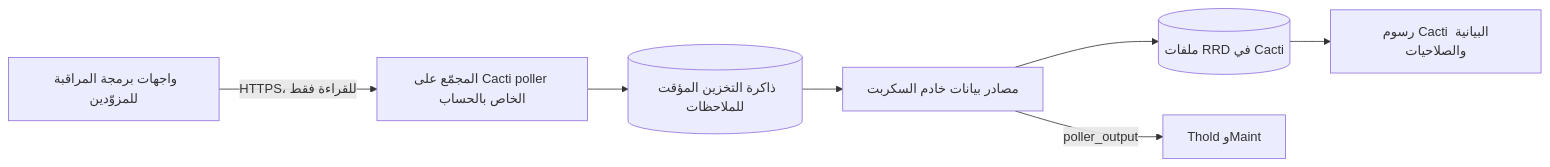
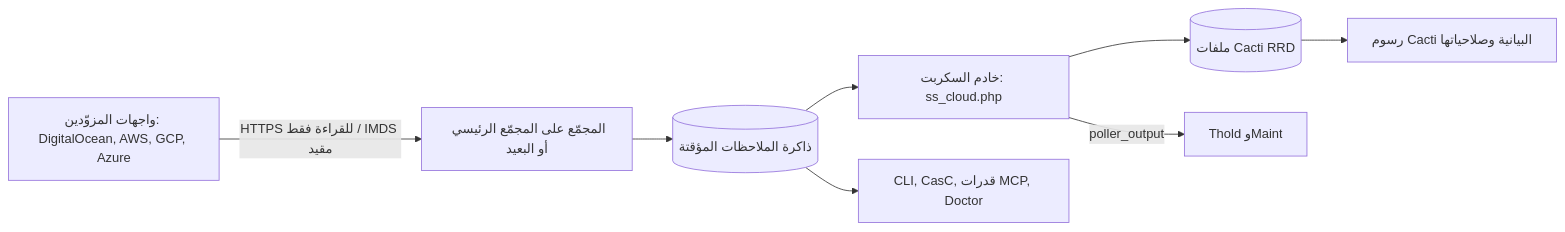
One commit to somethingwithproof/plugin_cloud changed the diagram in docs/i18n/ar-EG/README.md. Above: the diagram before and after it, drawn with Mermaid. The commit also changed other lines of this file and 48 other files, not shown here.

First line of the commit message:
docs(readme): document AWS, GCP, Azure drivers, remote collectors, and ecosystem hooks

````diff
--- a/docs/i18n/ar-EG/README.md
+++ b/docs/i18n/ar-EG/README.md
@@ -100,9 +148,10 @@
 ```mermaid
 flowchart LR
-    API["واجهات برمجة المراقبة للمزوّدين"] -->|"HTTPS، للقراءة فقط"| C["المجمّع على Cacti poller الخاص بالحساب"]
-    C --> O[("ذاكرة التخزين المؤقت للملاحظات")]
-    O --> SS["مصادر بيانات خادم السكربت"]
-    SS --> RRD[("ملفات RRD في Cacti")]
-    SS -->|poller_output| T["Thold وMaint"]
-    RRD --> G["رسوم Cacti البيانية والصلاحيات"]
+    API["واجهات المزوّدين: DigitalOcean, AWS, GCP, Azure"] -->|HTTPS للقراءة فقط / IMDS مقيد| C["المجمّع على المجمّع الرئيسي أو البعيد"]
+    C --> O[(ذاكرة الملاحظات المؤقتة)]
+    O --> SS["خادم السكربت: ss_cloud.php"]
+    SS --> RRD[(ملفات Cacti RRD)]
+    SS -->|poller_output| T[Thold وMaint]
+    RRD --> G[رسوم Cacti البيانية وصلاحياتها]
+    O --> ECO["CLI, CasC, قدرات MCP, Doctor"]
 ```
````
